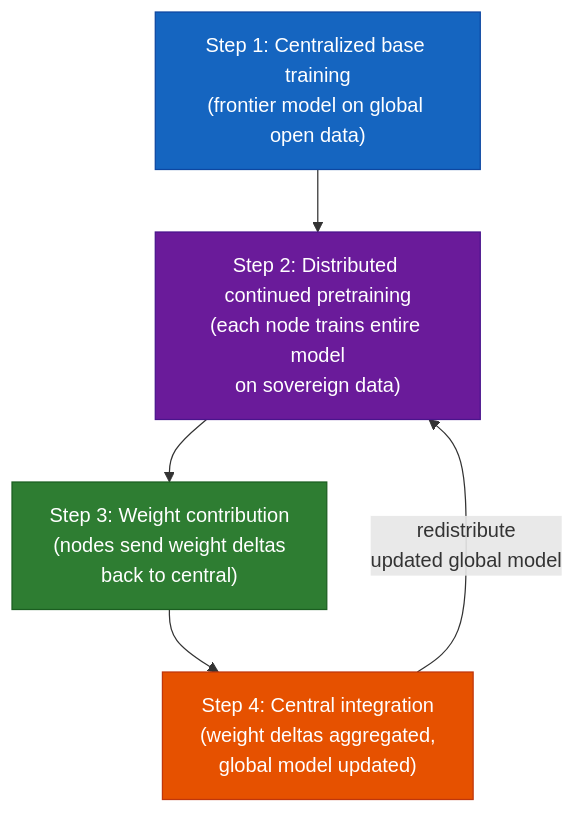
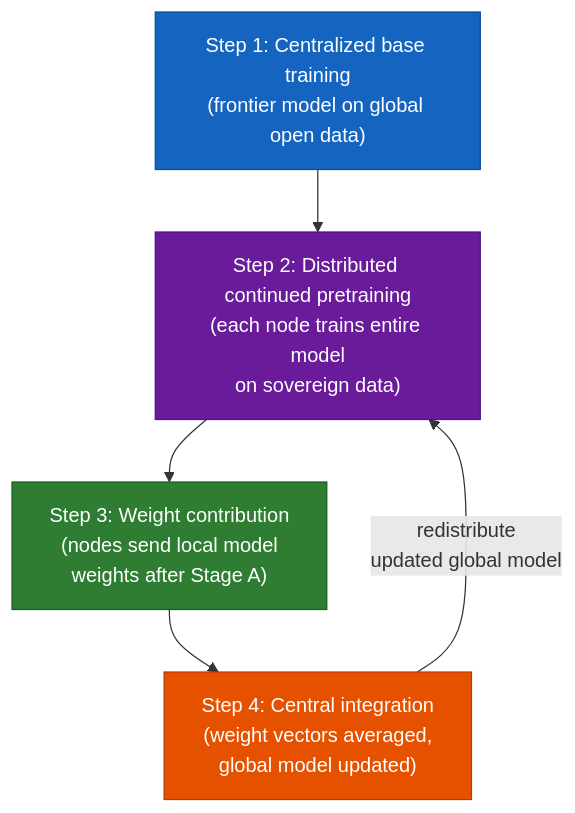
The first of 2 diagrams in tech-docs/architecture/5-architectural-options.md (The-AI-Alliance/tapestry), drawn with Mermaid before and after one commit. The commit also changed other lines of this file and 26 other files, not shown here.

First line of the commit message:
Align consortium training docs and PoC with FedAvg weight vectors.

````diff
--- a/tech-docs/architecture/5-architectural-options.md
+++ b/tech-docs/architecture/5-architectural-options.md
@@ -118,17 +118,17 @@
 ```mermaid
 graph TD
     S1["Step 1: Centralized base training\n(frontier model on global open data)"]
     S2["Step 2: Distributed continued pretraining\n(each node trains entire model\non sovereign data)"]
-    S3["Step 3: Weight contribution\n(nodes send weight deltas\nback to central)"]
-    S4["Step 4: Central integration\n(weight deltas aggregated,\nglobal model updated)"]
+    S3["Step 3: Weight contribution\n(nodes send local model\nweights after Stage A)"]
+    S4["Step 4: Central integration\n(weight vectors averaged,\nglobal model updated)"]
 
     S1 --> S2
     S2 --> S3
     S3 --> S4
     S4 -->|"redistribute\nupdated global model"| S2
 
     style S1 fill:#1565c0,stroke:#0d47a1,color:#fff
     style S2 fill:#6a1b9a,stroke:#4a148c,color:#fff
     style S3 fill:#2e7d32,stroke:#1b5e20,color:#fff
     style S4 fill:#e65100,stroke:#bf360c,color:#fff
 ```
````
